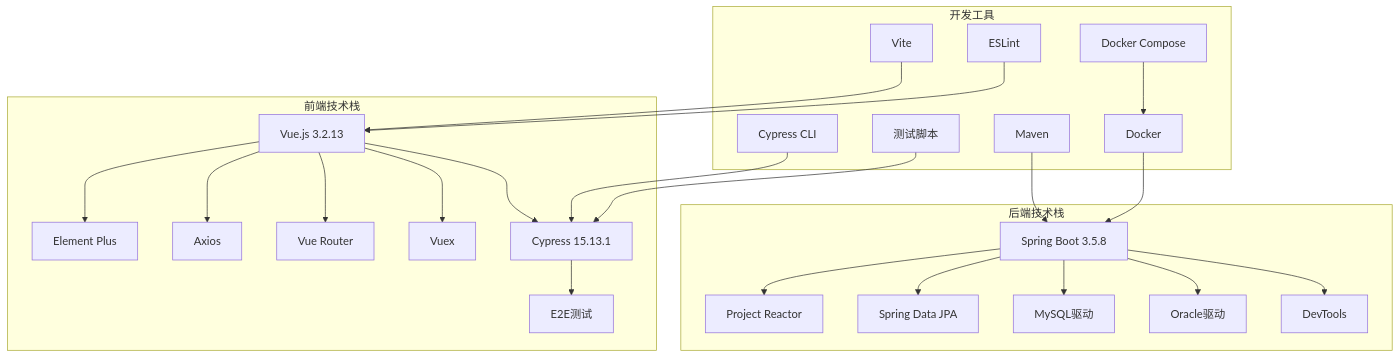
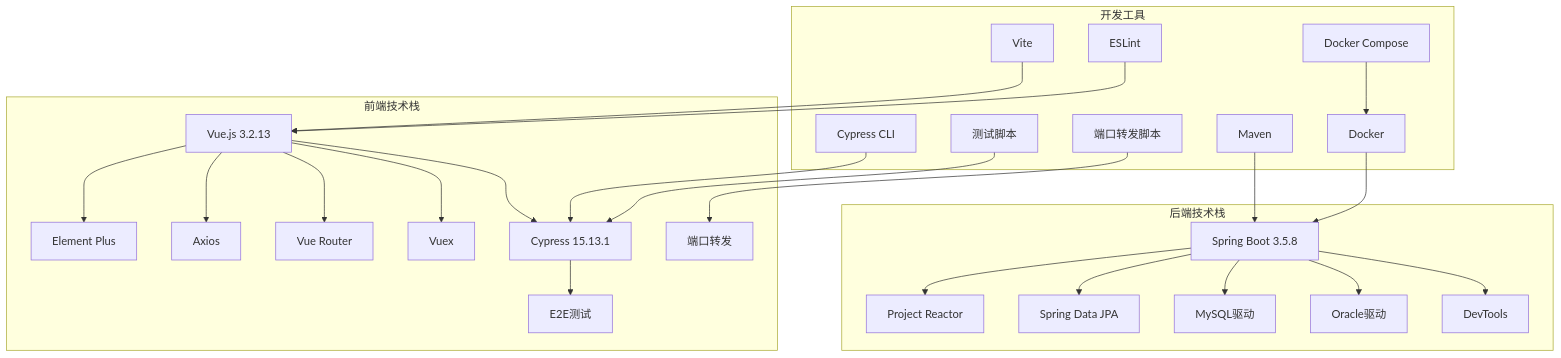
Diagram 17 of 22 in .qoder/repowiki/zh/content/Development Environment Features/Development Environment Features.md (liuzh2008/med_ai_assistant_workspace), drawn with Mermaid before and after one commit. The commit also changed other lines of this file and 9 other files, not shown here.

````diff
--- a/.qoder/repowiki/zh/content/Development Environment Features/Development Environment Features.md
+++ b/.qoder/repowiki/zh/content/Development Environment Features/Development Environment Features.md
@@ -672,47 +797,50 @@
 ```mermaid
 graph TB
 subgraph "前端技术栈"
 VUE[Vue.js 3.2.13]
 ELEMENT[Element Plus]
 AXIOS[Axios]
 ROUTER[Vue Router]
 STORE[Vuex]
 CYPRESS[Cypress 15.13.1]
 END_TO_END[E2E测试]
+PORT_FORWARD[端口转发]
 end
 subgraph "后端技术栈"
 SPRING[Spring Boot 3.5.8]
 REACTOR[Project Reactor]
 JPA[Spring Data JPA]
 MYSQL[MySQL驱动]
 ORACLE[Oracle驱动]
 DEVTOOLS[DevTools]
 end
 subgraph "开发工具"
 MAVEN[Maven]
 DOCKER[Docker]
 COMPOSE[Docker Compose]
 VITE[Vite]
 ESLINT[ESLint]
 CYPRESS_CLI[Cypress CLI]
 TEST_SCRIPTS[测试脚本]
+PORT_SCRIPT[端口转发脚本]
 end
 VUE --> ELEMENT
 VUE --> AXIOS
 VUE --> ROUTER
 VUE --> STORE
 VUE --> CYPRESS
 CYPRESS --> END_TO_END
 SPRING --> REACTOR
 SPRING --> JPA
 SPRING --> MYSQL
 SPRING --> ORACLE
 SPRING --> DEVTOOLS
 MAVEN --> SPRING
 DOCKER --> SPRING
 COMPOSE --> DOCKER
 VITE --> VUE
 ESLINT --> VUE
 CYPRESS_CLI --> CYPRESS
 TEST_SCRIPTS --> CYPRESS
+PORT_SCRIPT --> PORT_FORWARD
 ```
````
